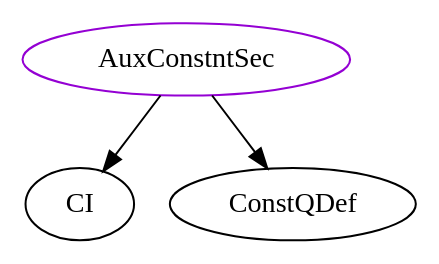
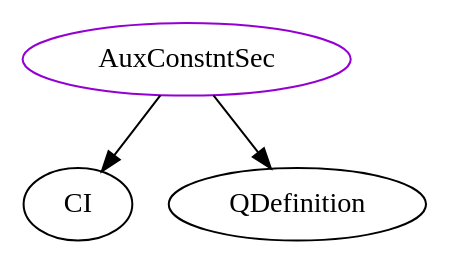
The diagram in analysis/TypeDependencyGraphs/docLang/AuxConstntSec.dot (Ant13731/Drasil), drawn with Graphviz before and after one commit. The commit also changed 2710 other files, not shown here.

```diff
--- a/analysis/TypeDependencyGraphs/docLang/AuxConstntSec.dot
+++ b/analysis/TypeDependencyGraphs/docLang/AuxConstntSec.dot
@@ -1,5 +1,5 @@
 digraph auxconstntsec{
+AuxConstntSec -> CI;
+AuxConstntSec -> QDefinition;
 AuxConstntSec	[shape=oval, color=darkviolet, label="AuxConstntSec"];
-AuxConstntSec -> CI;
-AuxConstntSec -> ConstQDef;
 }
```
